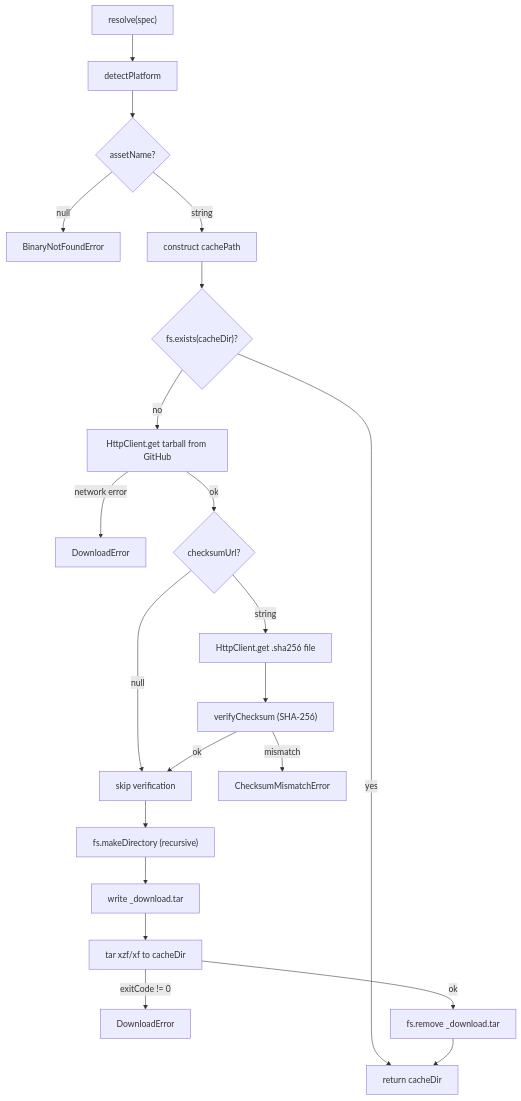
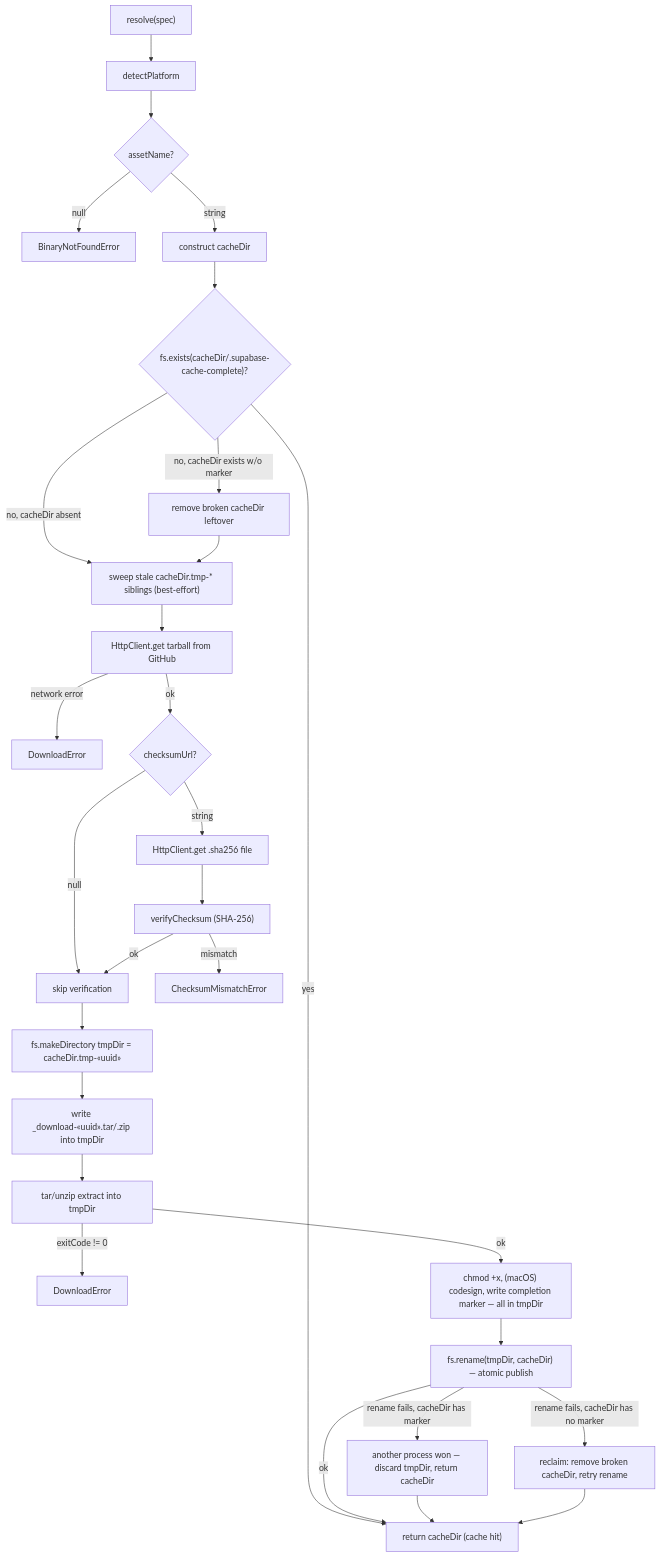
The fourth of 9 diagrams in packages/stack/docs/architecture.md (supabase/cli), drawn with Mermaid before and after one commit. The commit also changed other lines of this file and 2 other files, not shown here.

First paragraph of the commit message:
fix(stack): sweep before cache hits, tolerate concurrent cleanup, adopt late winners (review: #6003)
Three related hardenings from a third automated review pass, plus a doc update:

````diff
--- a/packages/stack/docs/architecture.md
+++ b/packages/stack/docs/architecture.md
@@ -265,23 +265,31 @@
 ```mermaid
 flowchart TD
     A["resolve(spec)"] --> B["detectPlatform"]
     B --> C{"assetName?"}
     C -->|"null"| D["BinaryNotFoundError"]
-    C -->|"string"| E["construct cachePath"]
-    E --> F{"fs.exists(cacheDir)?"}
-    F -->|"yes"| G["return cacheDir"]
-    F -->|"no"| H["HttpClient.get tarball from GitHub"]
+    C -->|"string"| E["construct cacheDir"]
+    E --> F{"fs.exists(cacheDir/.supabase-cache-complete)?"}
+    F -->|"yes"| G["return cacheDir (cache hit)"]
+    F -->|"no, cacheDir exists w/o marker"| F1["remove broken cacheDir leftover"]
+    F -->|"no, cacheDir absent"| F2["sweep stale cacheDir.tmp-* siblings (best-effort)"]
+    F1 --> F2
+    F2 --> H["HttpClient.get tarball from GitHub"]
     H -->|"network error"| I["DownloadError"]
     H -->|"ok"| J{"checksumUrl?"}
     J -->|"null"| L["skip verification"]
     J -->|"string"| K["HttpClient.get .sha256 file"]
     K --> M["verifyChecksum (SHA-256)"]
     M -->|"mismatch"| N["ChecksumMismatchError"]
     M -->|"ok"| L
-    L --> O["fs.makeDirectory (recursive)"]
-    O --> P["write _download.tar"]
-    P --> Q["tar xzf/xf to cacheDir"]
+    L --> O["fs.makeDirectory tmpDir = cacheDir.tmp-«uuid»"]
+    O --> P["write _download-«uuid».tar/.zip into tmpDir"]
+    P --> Q["tar/unzip extract into tmpDir"]
     Q -->|"exitCode != 0"| R["DownloadError"]
-    Q -->|"ok"| S["fs.remove _download.tar"]
-    S --> G
+    Q -->|"ok"| T["chmod +x, (macOS) codesign, write completion marker — all in tmpDir"]
+    T --> U["fs.rename(tmpDir, cacheDir) — atomic publish"]
+    U -->|"ok"| G
+    U -->|"rename fails, cacheDir has marker"| V["another process won — discard tmpDir, return cacheDir"]
+    U -->|"rename fails, cacheDir has no marker"| W["reclaim: remove broken cacheDir, retry rename"]
+    V --> G
+    W --> G
 ```
````
